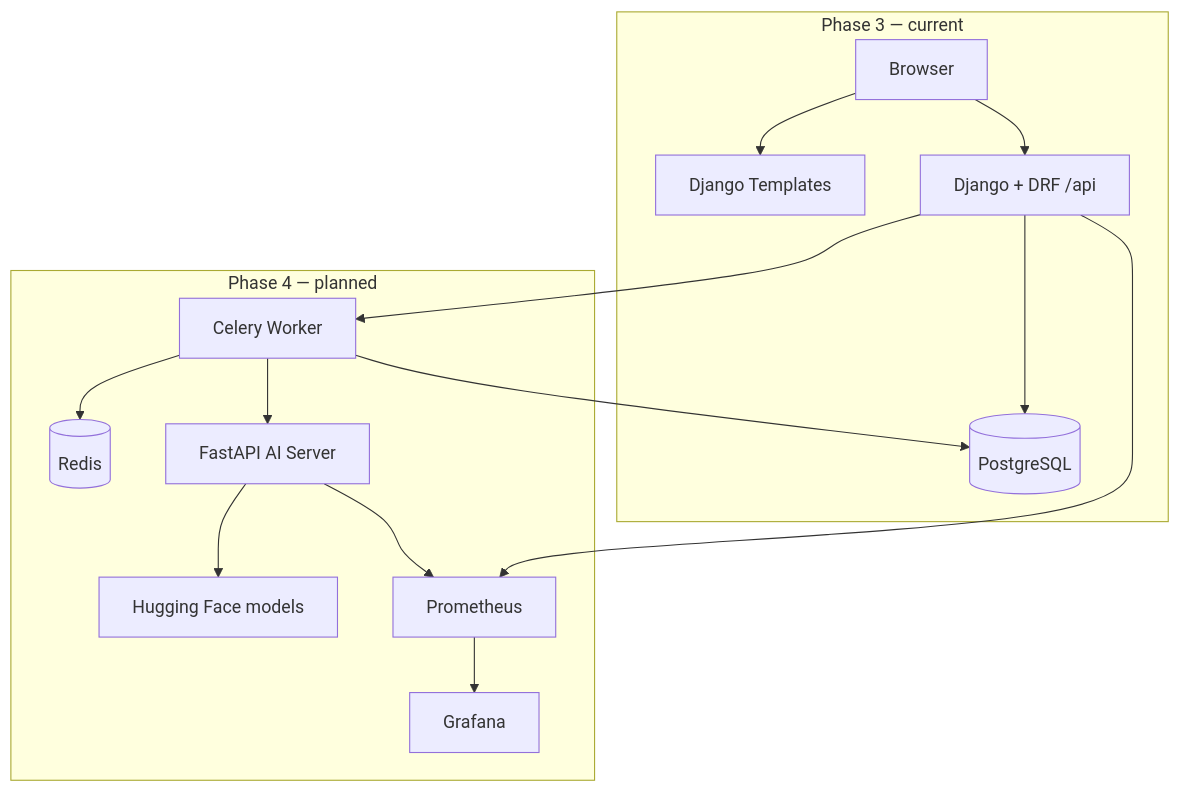
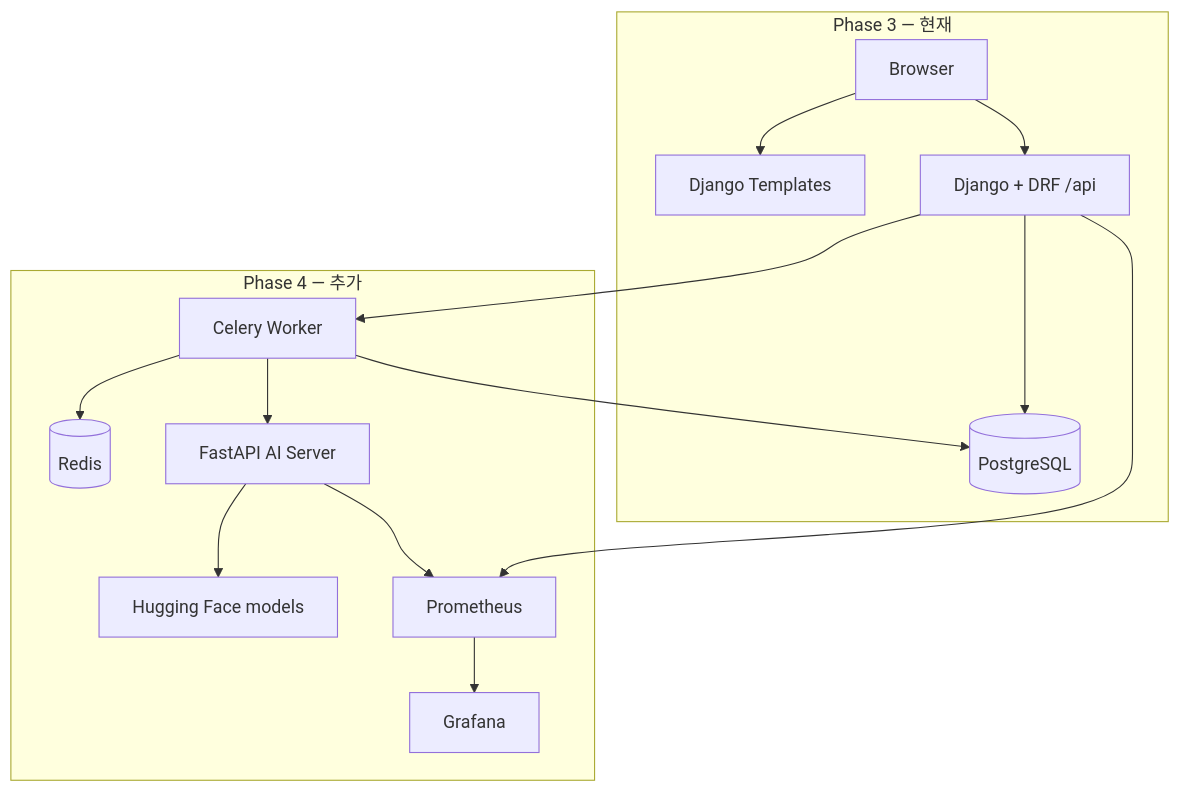
Before and after one commit to soyoungflow/Promptory: the diagram in docs/phases/README.md, drawn with Mermaid. The commit also changed other lines of this file and 12 other files, not shown here.

````diff
--- a/docs/phases/README.md
+++ b/docs/phases/README.md
@@ -51,29 +51,29 @@
 ```mermaid
 flowchart TB
-  subgraph p3 [Phase 3 — current]
+  subgraph p3 [Phase 3 — 현재]
     B[Browser]
     T[Django Templates]
     API[Django + DRF /api]
     PG[(PostgreSQL)]
     B --> T
     B --> API
     API --> PG
   end
 
-  subgraph p4 [Phase 4 — planned]
+  subgraph p4 [Phase 4 — 추가]
     CW[Celery Worker]
     R[(Redis)]
     FA[FastAPI AI Server]
     HF[Hugging Face models]
     PR[Prometheus]
     GF[Grafana]
     API --> CW
     CW --> R
     CW --> FA
     FA --> HF
     CW --> PG
     API --> PR
     FA --> PR
     PR --> GF
   end
 ```
````
